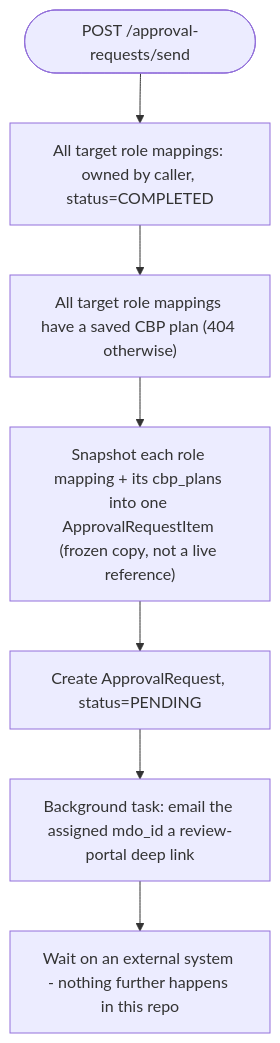
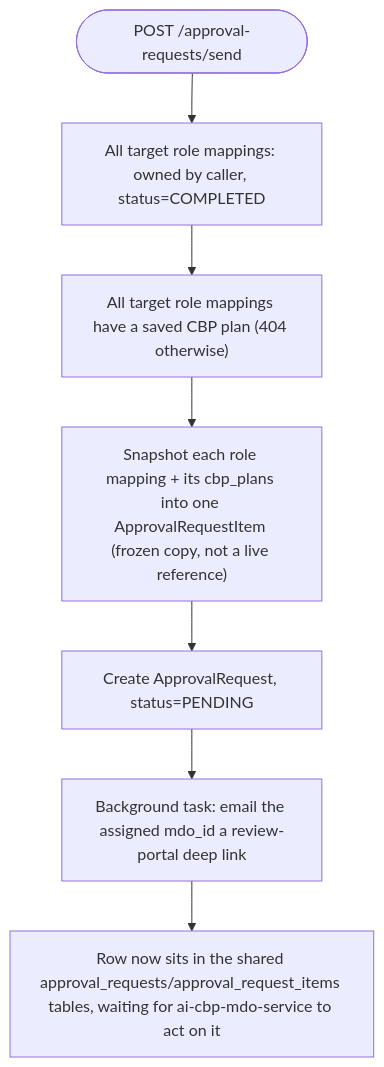
The sixth of 12 diagrams in docs/learning-hub/ai-cbp-tool/lld.md (KB-iGOT/igot-docs), drawn with Mermaid before and after one commit. The commit also changed other lines of this file and 8 other files, not shown here.

````diff
--- a/docs/learning-hub/ai-cbp-tool/lld.md
+++ b/docs/learning-hub/ai-cbp-tool/lld.md
@@ -166,9 +193,9 @@
 ```mermaid
 flowchart TD
     Start(["POST /approval-requests/send"]) --> Gate1["All target role mappings: owned by caller, status=COMPLETED"]
     Gate1 --> Gate2["All target role mappings have a saved CBP plan (404 otherwise)"]
     Gate2 --> Snap["Snapshot each role mapping + its cbp_plans into one ApprovalRequestItem (frozen copy, not a live reference)"]
     Snap --> Create["Create ApprovalRequest, status=PENDING"]
     Create --> Email["Background task: email the assigned mdo_id a review-portal deep link"]
-    Email --> Wait["Wait on an external system - nothing further happens in this repo"]
+    Email --> Wait["Row now sits in the shared approval_requests/approval_request_items tables, waiting for ai-cbp-mdo-service to act on it"]
 ```
````
